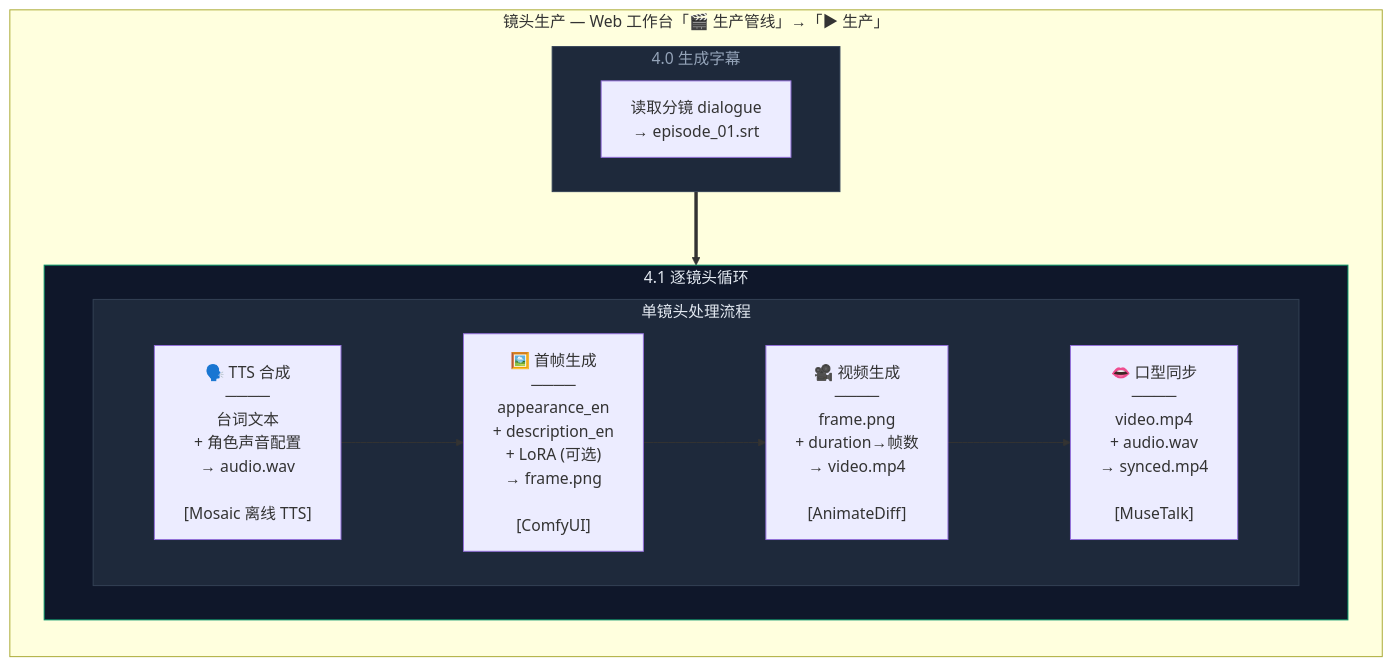
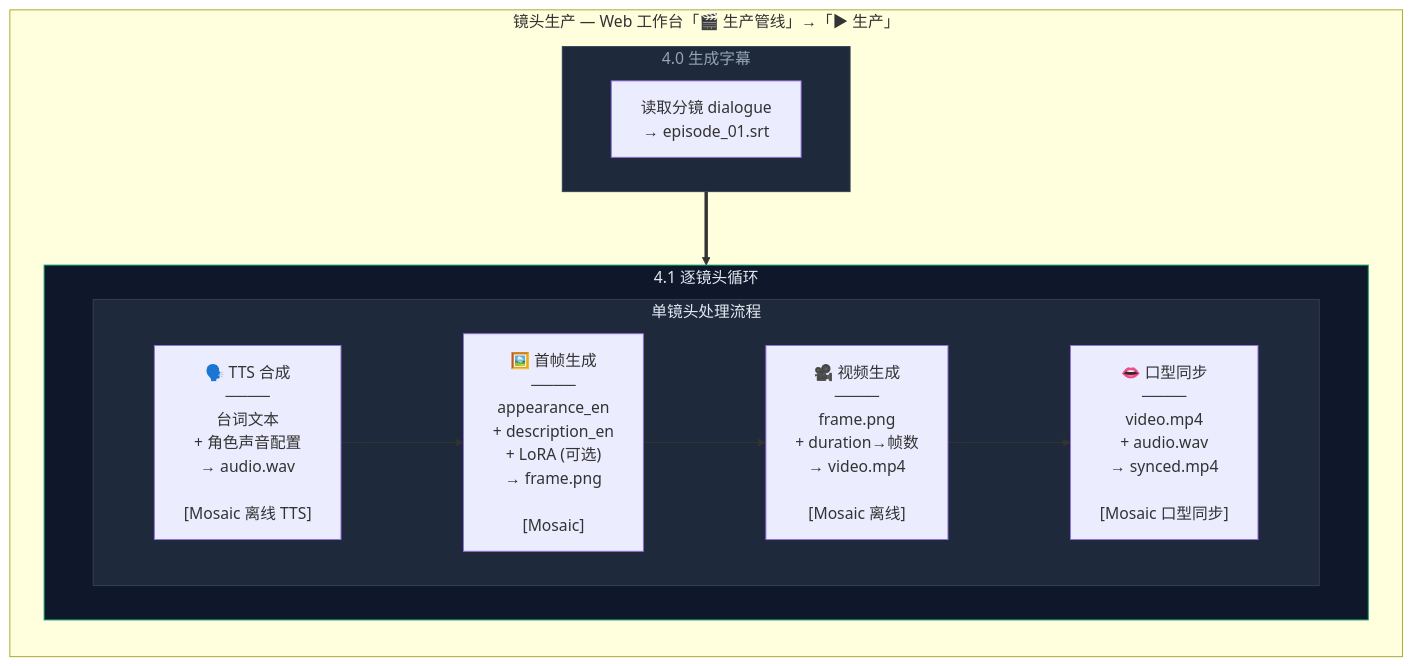
The fifth of 12 diagrams in docs/pipeline.md (brother2050/mosaic-drama), drawn with Mermaid before and after one commit. The commit also changed other lines of this file and 33 other files, not shown here.

````diff
--- a/docs/pipeline.md
+++ b/docs/pipeline.md
@@ -196,28 +196,28 @@
 ```mermaid
 flowchart TB
     subgraph produce["镜头生产 — Web 工作台「🎬 生产管线」→「▶ 生产」"]
         direction TB
 
         subgraph step0["4.0 生成字幕"]
             srt["读取分镜 dialogue<br/>→ episode_01.srt"]
         end
 
         subgraph loop["4.1 逐镜头循环"]
             direction LR
             subgraph shot["单镜头处理流程"]
                 direction LR
                 s1["🗣️ TTS 合成<br/>────<br/>台词文本<br/>+ 角色声音配置<br/>→ audio.wav<br/><br/>[Mosaic 离线 TTS]"]
-                s2["🖼️ 首帧生成<br/>────<br/>appearance_en<br/>+ description_en<br/>+ LoRA (可选)<br/>→ frame.png<br/><br/>[ComfyUI]"]
-                s3["🎥 视频生成<br/>────<br/>frame.png<br/>+ duration→帧数<br/>→ video.mp4<br/><br/>[AnimateDiff]"]
-                s4["👄 口型同步<br/>────<br/>video.mp4<br/>+ audio.wav<br/>→ synced.mp4<br/><br/>[MuseTalk]"]
+                s2["🖼️ 首帧生成<br/>────<br/>appearance_en<br/>+ description_en<br/>+ LoRA (可选)<br/>→ frame.png<br/><br/>[Mosaic]"]
+                s3["🎥 视频生成<br/>────<br/>frame.png<br/>+ duration→帧数<br/>→ video.mp4<br/><br/>[Mosaic 离线]"]
+                s4["👄 口型同步<br/>────<br/>video.mp4<br/>+ audio.wav<br/>→ synced.mp4<br/><br/>[Mosaic 口型同步]"]
                 s1 --> s2 --> s3 --> s4
             end
         end
 
         step0 ==> loop
     end
 
     style step0 fill:#1e293b,stroke:#334155,color:#94a3b8
     style loop fill:#0f172a,stroke:#059669,color:#e2e8f0
     style shot fill:#1e293b,stroke:#334155,color:#e2e8f0
 ```
````
